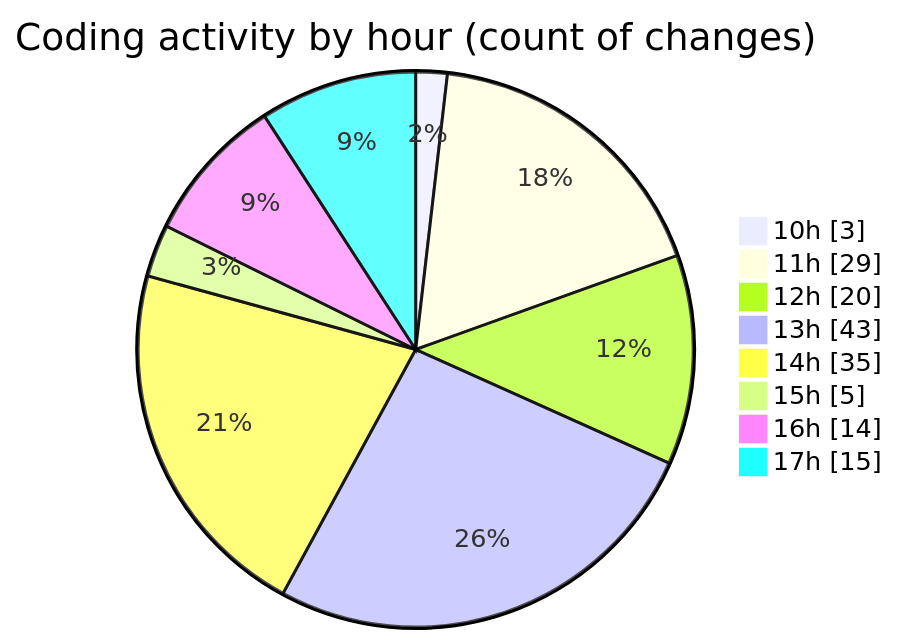
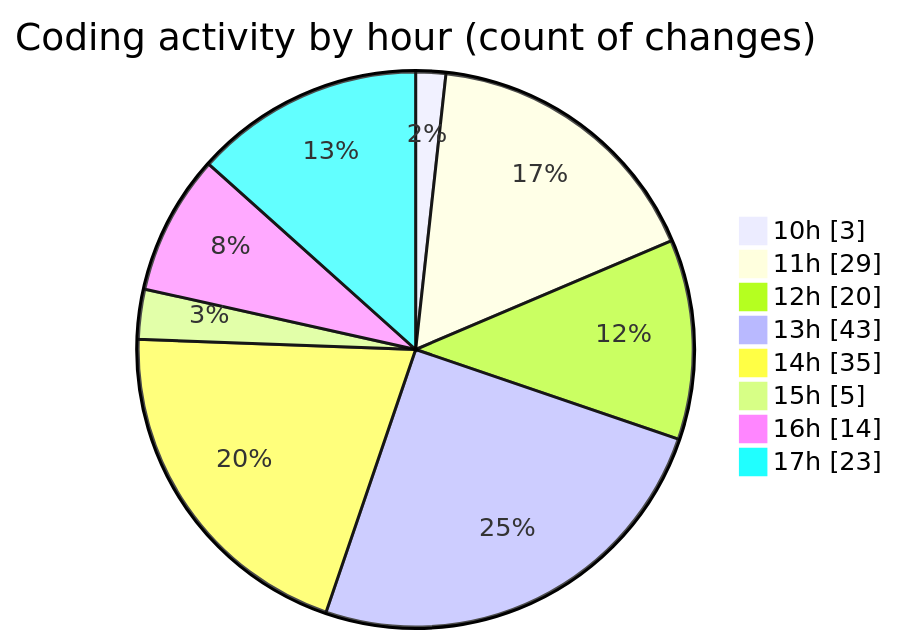
Before and after one commit to EIIisD/code-tracking: the second of 2 diagrams in 2025-08-14/ribbon/README.md, drawn with Mermaid. The commit also changed other lines of this file and 1 other file, not shown here.

````diff
--- a/2025-08-14/ribbon/README.md
+++ b/2025-08-14/ribbon/README.md
@@ -40,12 +40,12 @@
 ```mermaid
 pie showData
 title Coding activity by hour (count of changes)
 "10h" : 3
 "11h" : 29
 "12h" : 20
 "13h" : 43
 "14h" : 35
 "15h" : 5
 "16h" : 14
-"17h" : 15
+"17h" : 23
 ```
````
